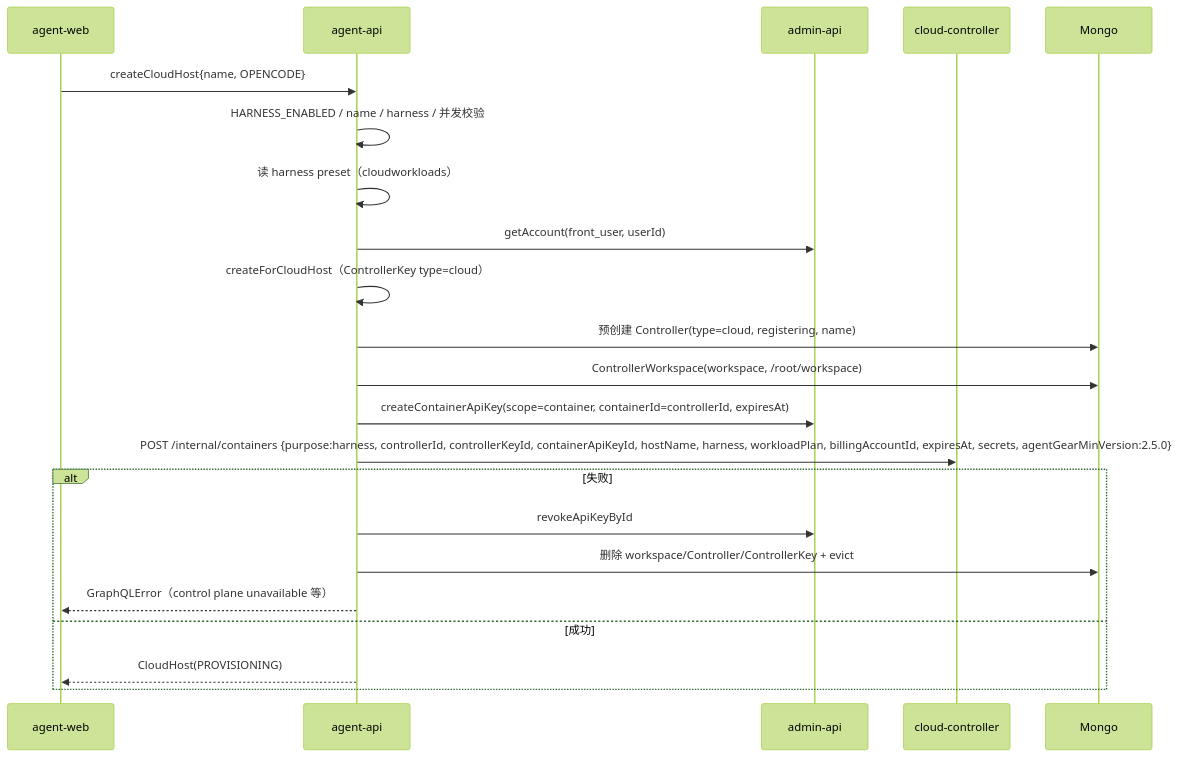
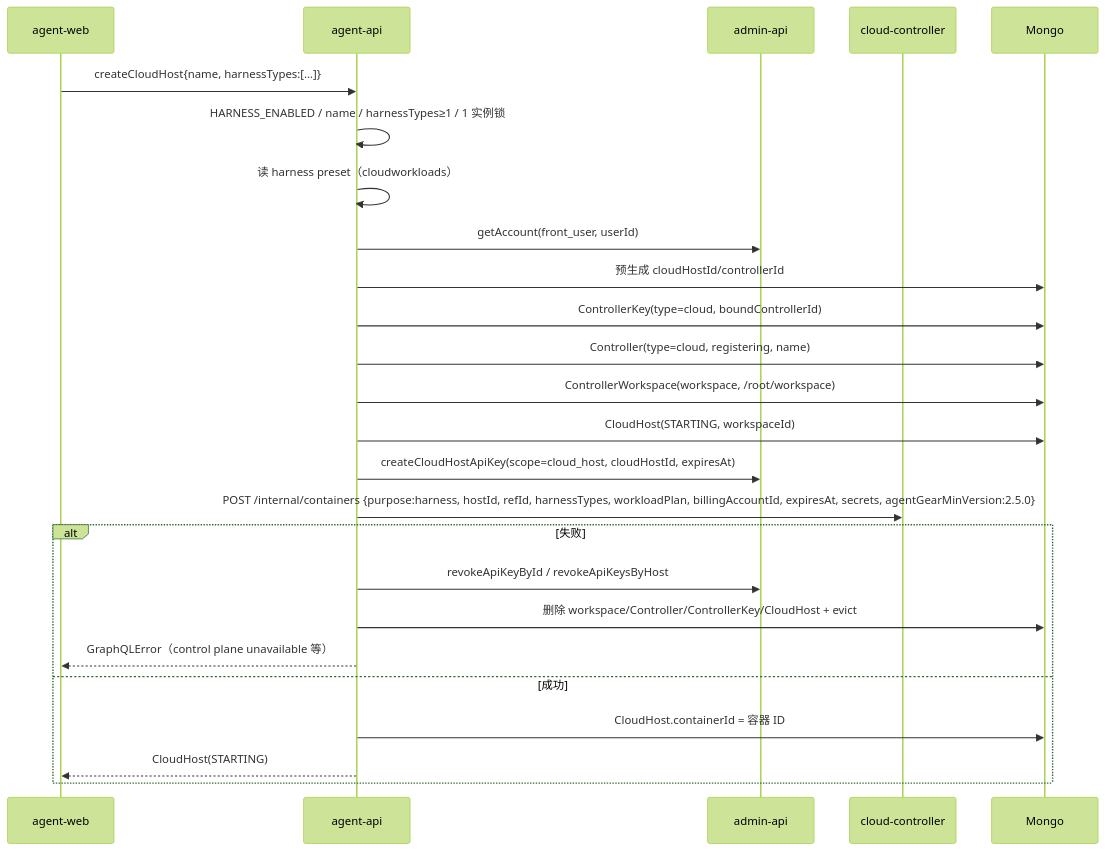
Before and after one commit to Deliay/z-agent-gear: the third of 8 diagrams in docs/engineering/plan/20261020-feat-container-harness-support.md, drawn with Mermaid (forest theme). The commit also changed other lines of this file and 1 other file, not shown here.

Commit message:
docs(plan): 云电脑实现计划 v3.0（按 PRD/提案 v5.0 整体重写：停止即销毁/会话只读/每用户 1 实例/harnessTypes 多选）

````diff
--- a/docs/engineering/plan/20261020-feat-container-harness-support.md
+++ b/docs/engineering/plan/20261020-feat-container-harness-support.md
@@ -402,25 +433,28 @@
 ```mermaid
 sequenceDiagram
     participant AW as agent-web
     participant AA as agent-api
     participant AD as admin-api
     participant CC as cloud-controller
     participant M as Mongo
 
-    AW->>AA: createCloudHost{name, OPENCODE}
-    AA->>AA: HARNESS_ENABLED / name / harness / 并发校验
+    AW->>AA: createCloudHost{name, harnessTypes:[…]}
+    AA->>AA: HARNESS_ENABLED / name / harnessTypes≥1 / 1 实例锁
     AA->>AA: 读 harness preset（cloudworkloads）
     AA->>AD: getAccount(front_user, userId)
-    AA->>AA: createForCloudHost（ControllerKey type=cloud）
-    AA->>M: 预创建 Controller(type=cloud, registering, name)
+    AA->>M: 预生成 cloudHostId/controllerId
+    AA->>M: ControllerKey(type=cloud, boundControllerId)
+    AA->>M: Controller(type=cloud, registering, name)
     AA->>M: ControllerWorkspace(workspace, /root/workspace)
-    AA->>AD: createContainerApiKey(scope=container, containerId=controllerId, expiresAt)
-    AA->>CC: POST /internal/containers {purpose:harness, controllerId, controllerKeyId, containerApiKeyId, hostName, harness, workloadPlan, billingAccountId, expiresAt, secrets, agentGearMinVersion:2.5.0}
+    AA->>M: CloudHost(STARTING, workspaceId)
+    AA->>AD: createCloudHostApiKey(scope=cloud_host, cloudHostId, expiresAt)
+    AA->>CC: POST /internal/containers {purpose:harness, hostId, refId, harnessTypes, workloadPlan, billingAccountId, expiresAt, secrets, agentGearMinVersion:2.5.0}
     alt 失败
-        AA->>AD: revokeApiKeyById
-        AA->>M: 删除 workspace/Controller/ControllerKey + evict
+        AA->>AD: revokeApiKeyById / revokeApiKeysByHost
+        AA->>M: 删除 workspace/Controller/ControllerKey/CloudHost + evict
         AA-->>AW: GraphQLError（control plane unavailable 等）
     else 成功
-        AA-->>AW: CloudHost(PROVISIONING)
+        AA->>M: CloudHost.containerId = 容器 ID
+        AA-->>AW: CloudHost(STARTING)
     end
 ```
````
